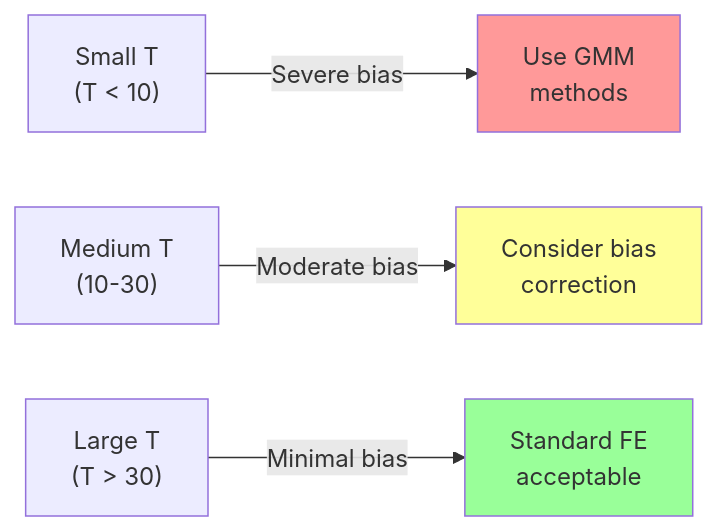
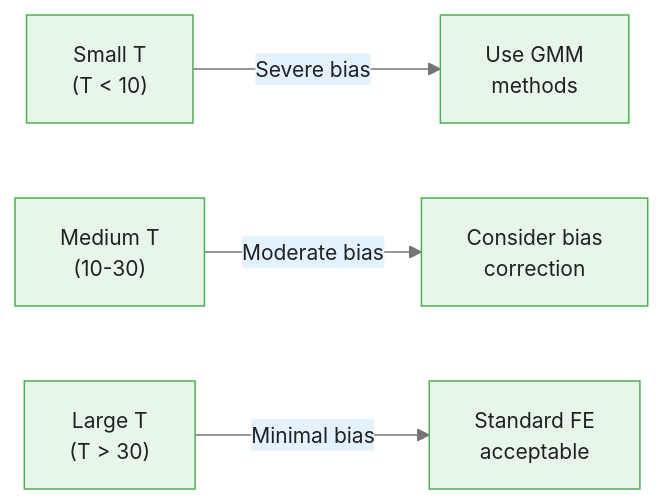
The second of 4 diagrams in courses/panel-regression/modules/module_05_advanced_topics/guides/02_nickell_bias_slides.md (m-deane/course-creator), drawn with Mermaid before and after one commit. The commit also changed other lines of this file and 79 other files, not shown here.

````diff
--- a/courses/panel-regression/modules/module_05_advanced_topics/guides/02_nickell_bias_slides.md
+++ b/courses/panel-regression/modules/module_05_advanced_topics/guides/02_nickell_bias_slides.md
@@ -83,10 +103,7 @@
 ```mermaid
+%%{init: {"theme": "base", "themeVariables": {"primaryColor": "#e8f5e9", "primaryBorderColor": "#4caf50", "primaryTextColor": "#212121", "secondaryColor": "#e3f2fd", "tertiaryColor": "#fff8e1", "lineColor": "#757575", "fontFamily": "Inter, sans-serif", "fontSize": "14px"}}}%%
 flowchart LR
     SMALL_T["Small T<br/>(T < 10)"] -->|"Severe bias"| PROBLEM["Use GMM<br/>methods"]
     MED_T["Medium T<br/>(10-30)"] -->|"Moderate bias"| CONSIDER["Consider bias<br/>correction"]
     LARGE_T["Large T<br/>(T > 30)"] -->|"Minimal bias"| OK["Standard FE<br/>acceptable"]
-
-    style PROBLEM fill:#f99
-    style CONSIDER fill:#ff9
-    style OK fill:#9f9
 ```
````
